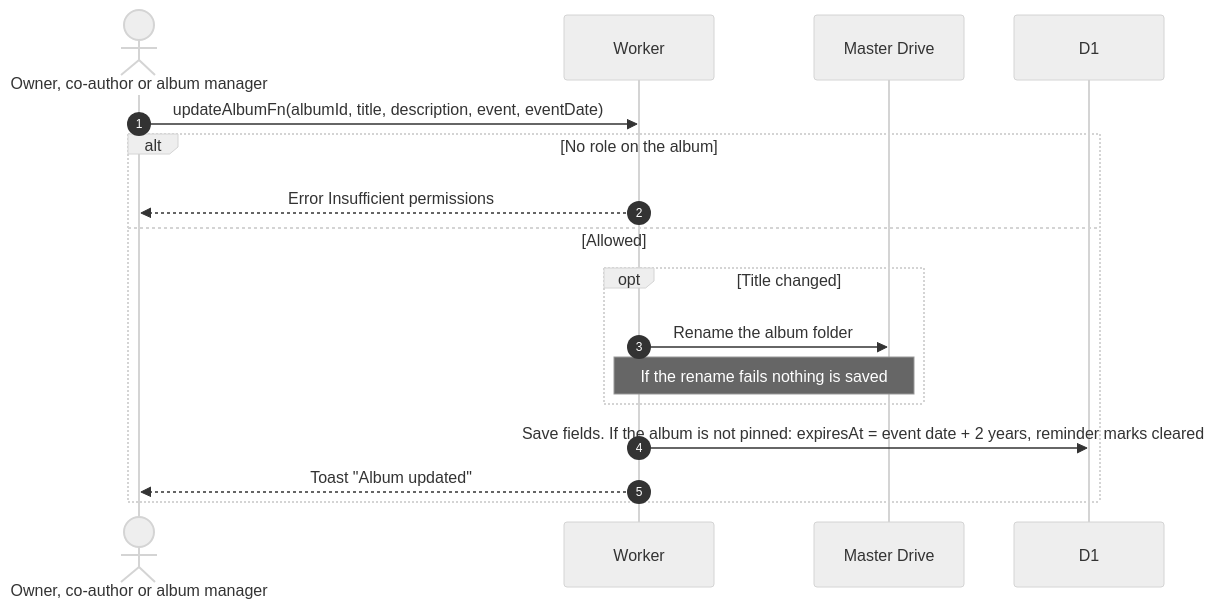
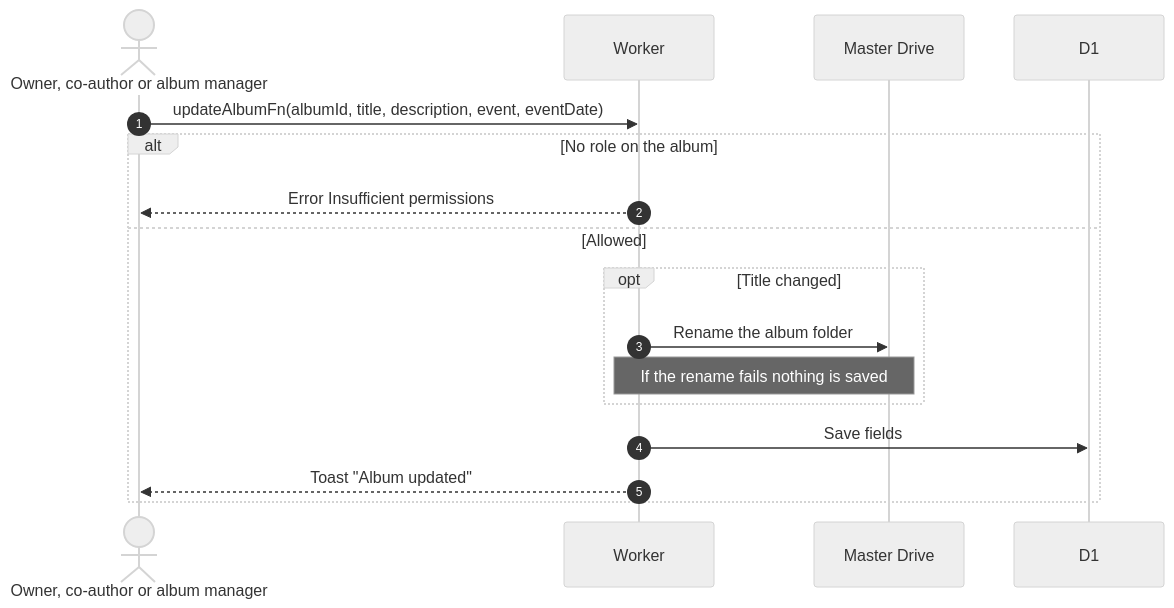
Before and after one commit to sagyzdop/meriksirat: the second of 2 diagrams in docs/scenarios/member/albums/create.md, drawn with Mermaid (neutral theme). The commit also changed other lines of this file and 10 other files, not shown here.

````diff
--- a/docs/scenarios/member/albums/create.md
+++ b/docs/scenarios/member/albums/create.md
@@ -36,19 +36,19 @@
 ```mermaid
 sequenceDiagram
     autonumber
     actor M as Owner, co-author or album manager
     participant W as Worker
     participant G as Master Drive
     participant D as D1
     M->>W: updateAlbumFn(albumId, title, description, event, eventDate)
     alt No role on the album
         W-->>M: Error Insufficient permissions
     else Allowed
         opt Title changed
             W->>G: Rename the album folder
             Note over W,G: If the rename fails nothing is saved
         end
-        W->>D: Save fields. If the album is not pinned: expiresAt = event date + 2 years, reminder marks cleared
+        W->>D: Save fields
         W-->>M: Toast "Album updated"
     end
 ```
````
